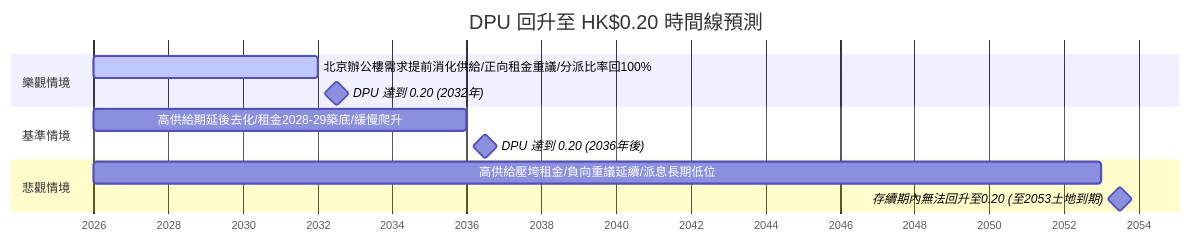
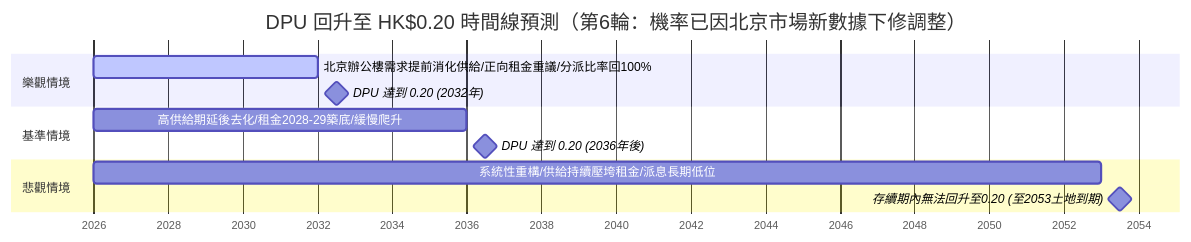
The diagram in 01426春泉Reit/hourAnalysisResult.md (a9303001/FinancialReport), drawn with Mermaid before and after one commit. The commit also changed other lines of this file, not shown here.

````diff
--- a/01426春泉Reit/hourAnalysisResult.md
+++ b/01426春泉Reit/hourAnalysisResult.md
@@ -108,18 +104,18 @@
 ```mermaid
 gantt
-    title DPU 回升至 HK$0.20 時間線預測
+    title DPU 回升至 HK$0.20 時間線預測（第6輪：機率已因北京市場新數據下修調整）
     dateFormat  YYYY
     axisFormat %Y
 
     section 樂觀情境
     北京辦公樓需求提前消化供給/正向租金重議/分派比率回100% : active, 2026, 2032
     DPU 達到 0.20 (2032年) : milestone, 2032, 1y
 
     section 基準情境
     高供給期延後去化/租金2028-29築底/緩慢爬升 : 2026, 2036
     DPU 達到 0.20 (2036年後) : milestone, 2036, 1y
 
     section 悲觀情境
-    高供給壓垮租金/負向重議延續/派息長期低位 : 2026, 2053
+    系統性重構/供給持續壓垮租金/派息長期低位 : 2026, 2053
     存續期內無法回升至0.20 (至2053土地到期) : milestone, 2053, 1y
 ```
````
